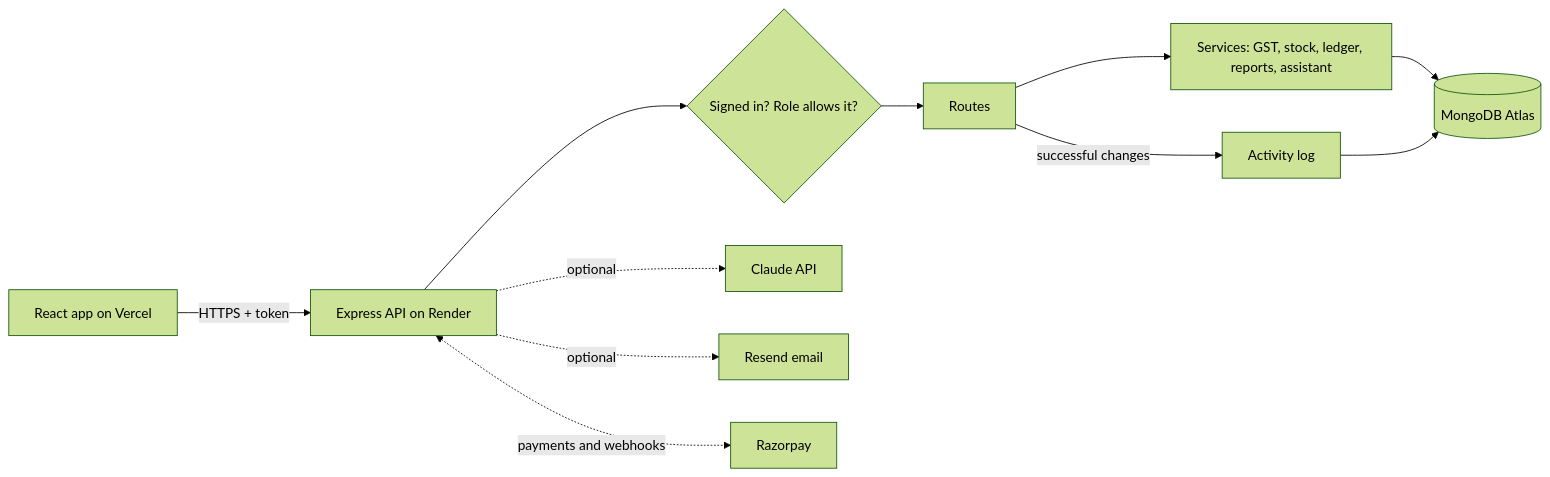
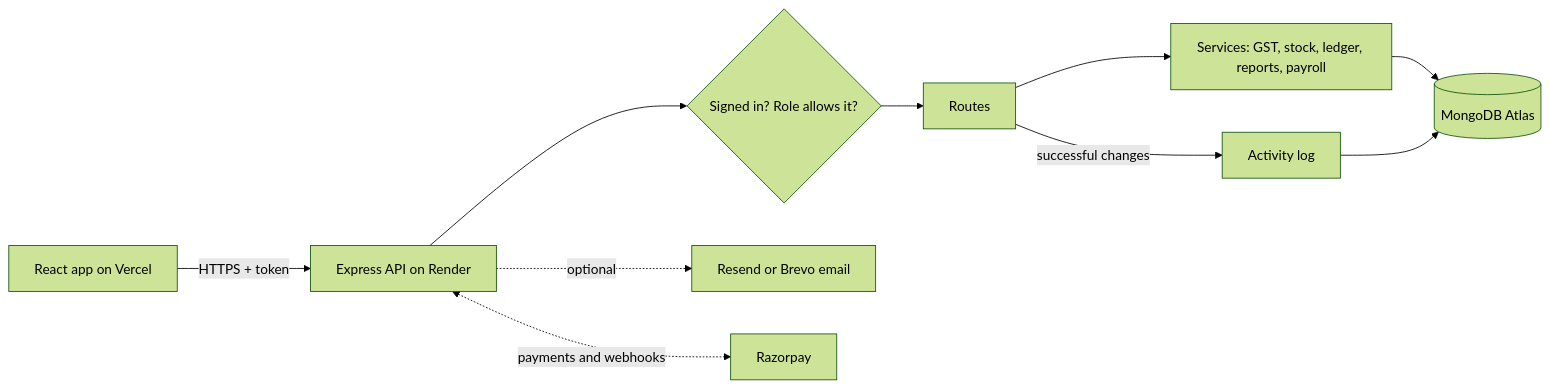
One commit to bansaldhruv07/gst-invoice-app changed the diagram in README.md. Above: the diagram before and after it, drawn with Mermaid (forest theme). The commit also changed other lines of this file and 98 other files, not shown here.

````diff
--- a/README.md
+++ b/README.md
@@ -104,12 +112,11 @@
 ```mermaid
 flowchart LR
   B[React app on Vercel] -- HTTPS + token --> A[Express API on Render]
   A --> P{Signed in? Role allows it?}
   P --> R[Routes]
-  R --> S[Services: GST, stock, ledger, reports, assistant]
+  R --> S[Services: GST, stock, ledger, reports, payroll]
   S --> D[(MongoDB Atlas)]
   R -- successful changes --> L[Activity log] --> D
-  A -. optional .-> C[Claude API]
-  A -. optional .-> M[Resend email]
+  A -. optional .-> M[Resend or Brevo email]
   A <-. payments and webhooks .-> Z[Razorpay]
 ```
````
